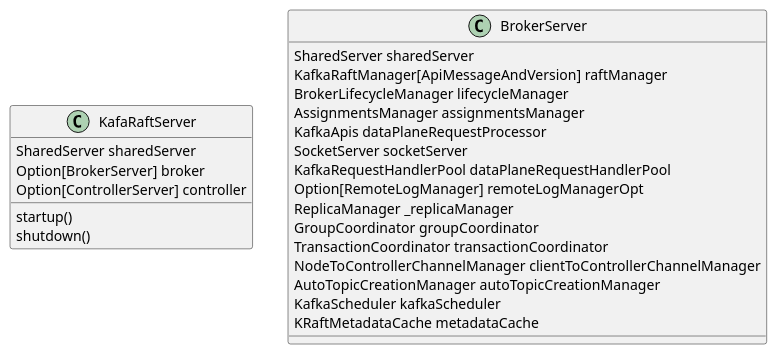
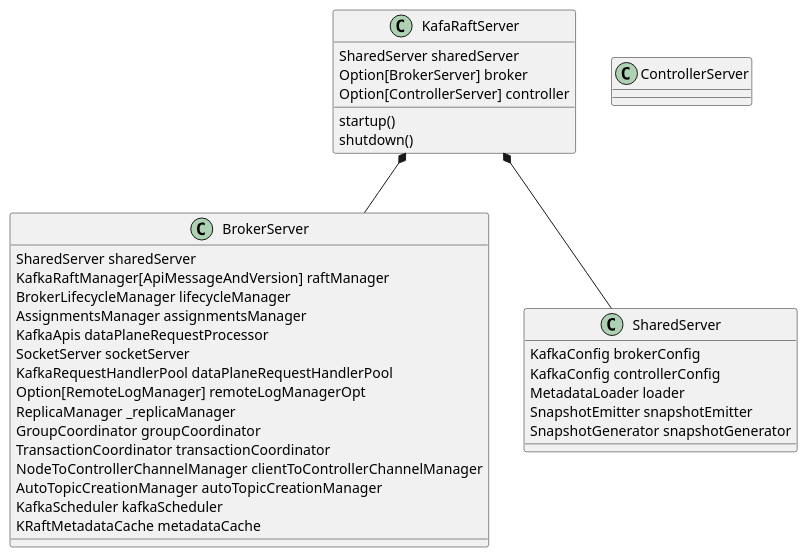
Before and after one commit to kevinwang930/kevinwang930.github.io: the third of 3 diagrams in content/post/stream/event/kafka/index.md, drawn with PlantUML. The commit also changed other lines of this file and 4 other files, not shown here.

````diff
--- a/content/post/stream/event/kafka/index.md
+++ b/content/post/stream/event/kafka/index.md
@@ -254,28 +258,43 @@
 ```plantuml
 class KafaRaftServer {
   SharedServer sharedServer
   Option[BrokerServer] broker
   Option[ControllerServer] controller
   startup()
   shutdown()
 }
 
 
 class BrokerServer {
   SharedServer sharedServer
   KafkaRaftManager[ApiMessageAndVersion] raftManager
   BrokerLifecycleManager lifecycleManager
   AssignmentsManager assignmentsManager
   KafkaApis dataPlaneRequestProcessor
   SocketServer socketServer
   KafkaRequestHandlerPool dataPlaneRequestHandlerPool
   Option[RemoteLogManager] remoteLogManagerOpt
   ReplicaManager _replicaManager
   GroupCoordinator groupCoordinator
   TransactionCoordinator transactionCoordinator
   NodeToControllerChannelManager clientToControllerChannelManager
   AutoTopicCreationManager autoTopicCreationManager
   KafkaScheduler kafkaScheduler
   KRaftMetadataCache metadataCache
 }
+
+class SharedServer {
+  KafkaConfig brokerConfig
+  KafkaConfig controllerConfig
+  MetadataLoader loader
+  SnapshotEmitter snapshotEmitter
+  SnapshotGenerator snapshotGenerator
+}
+
+class ControllerServer {
+  
+}
+KafaRaftServer *-- BrokerServer
+KafaRaftServer *-- SharedServer
+
 ```
````
